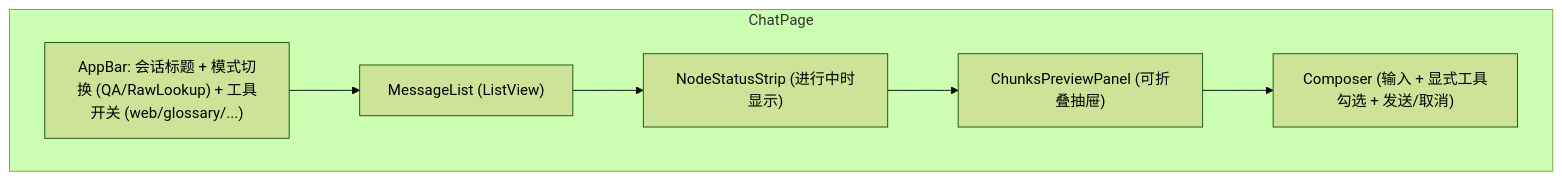
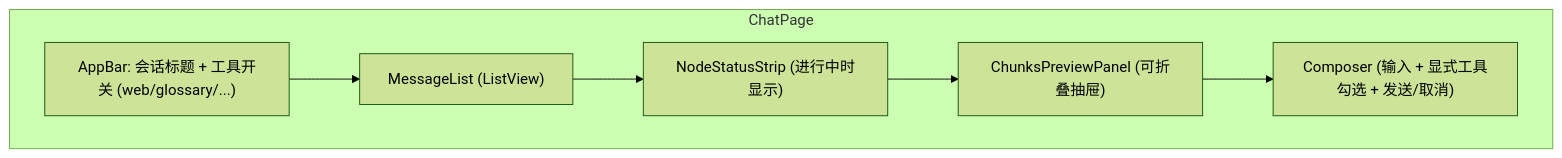
The diagram in docs/03-development/05-frontend.md (EpisodeYu/3GPP-Everything), drawn with Mermaid (forest theme) before and after one commit. The commit also changed other lines of this file and 19 other files, not shown here.

First line of the commit message:
feat(frontend): citation 章节引用超链接化 + 移除 RawLookup 双模式

````diff
--- a/docs/03-development/05-frontend.md
+++ b/docs/03-development/05-frontend.md
@@ -154,11 +154,11 @@
 ```mermaid
 graph TB
     subgraph ChatPage
-        H["AppBar: 会话标题 + 模式切换 (QA/RawLookup) + 工具开关 (web/glossary/...)"]
+        H["AppBar: 会话标题 + 工具开关 (web/glossary/...)"]
         M["MessageList (ListView)"]
         S["NodeStatusStrip (进行中时显示)"]
         P["ChunksPreviewPanel (可折叠抽屉)"]
         C["Composer (输入 + 显式工具勾选 + 发送/取消)"]
     end
     H --> M --> S --> P --> C
 ```
````
